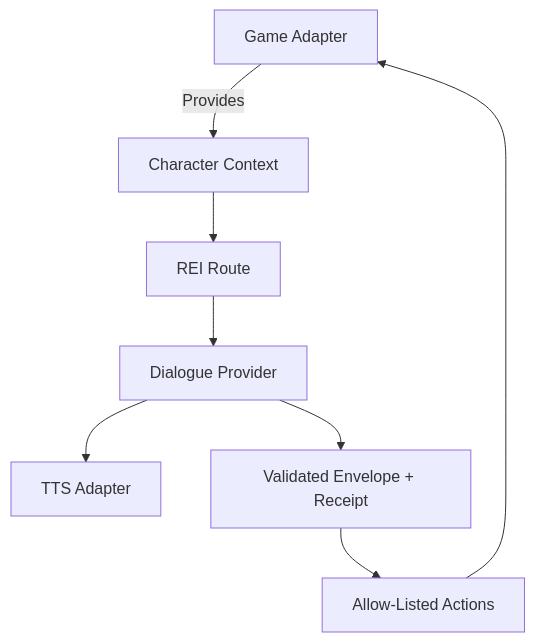
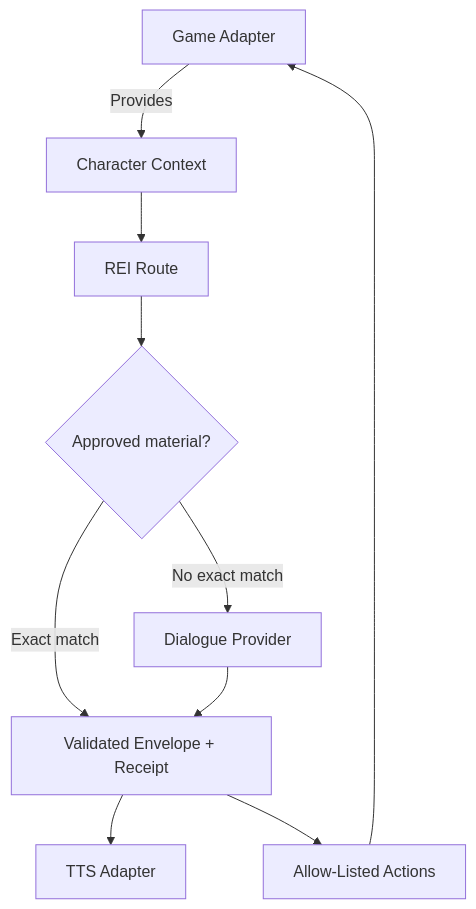
The diagram in README.md (aaronmarchant96-max/rei-character-runtime), drawn with Mermaid before and after one commit. The commit also changed other lines of this file and 11 other files, not shown here.

````diff
--- a/README.md
+++ b/README.md
@@ -210,10 +210,12 @@
 ```mermaid
 flowchart TD
     A[Game Adapter] -->|Provides| B[Character Context]
     B --> C[REI Route]
-    C --> D[Dialogue Provider]
-    D --> E[TTS Adapter]
+    C --> H{Approved material?}
+    H -->|No exact match| D[Dialogue Provider]
+    H -->|Exact match| F
     D --> F[Validated Envelope + Receipt]
+    F --> E[TTS Adapter]
     F --> G[Allow-Listed Actions]
     G --> A
 ```
````
